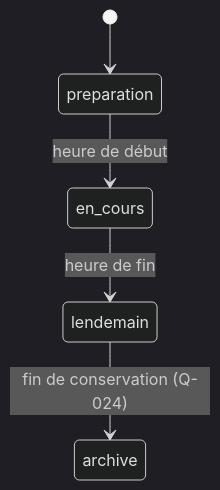
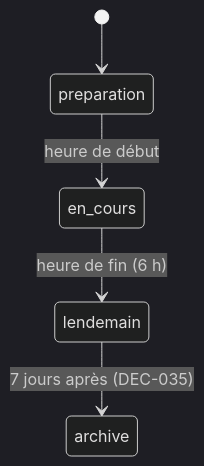
The third of 3 diagrams in specs/donnees.md (trash-anger/pandemonium2026), drawn with Mermaid (dark theme) before and after one commit. The commit also changed other lines of this file and 33 other files, not shown here.

````diff
--- a/specs/donnees.md
+++ b/specs/donnees.md
@@ -114,7 +128,7 @@
 ```mermaid
 stateDiagram-v2
     [*] --> preparation
     preparation --> en_cours: heure de début
-    en_cours --> lendemain: heure de fin
-    lendemain --> archive: fin de conservation (Q-024)
+    en_cours --> lendemain: heure de fin (6 h)
+    lendemain --> archive: 7 jours après (DEC-035)
 ```
````
